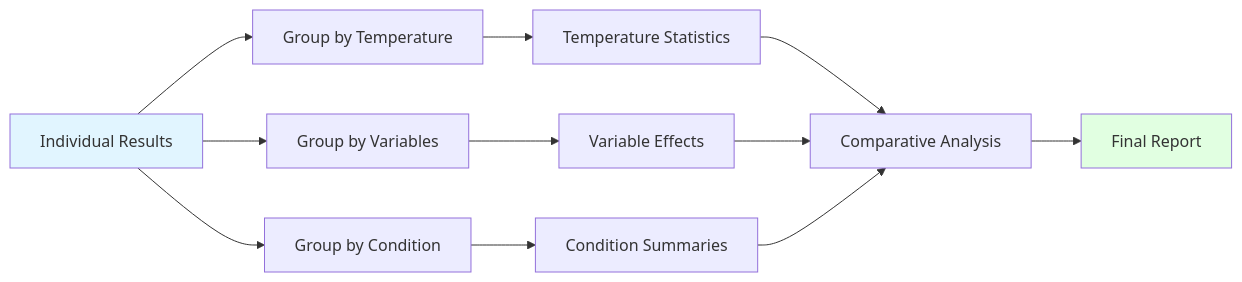
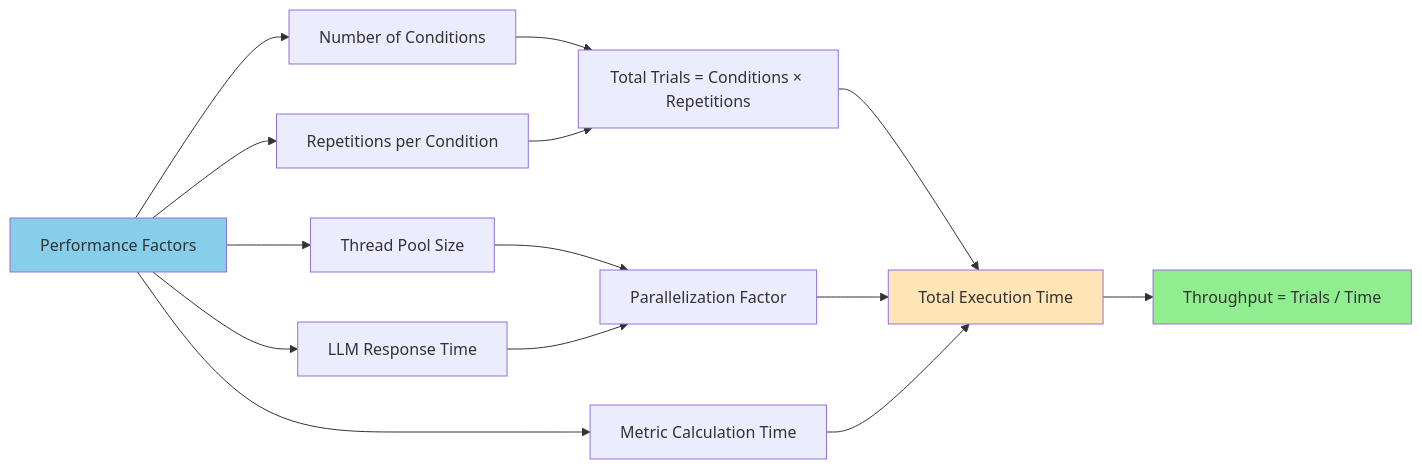
Diagram 18 of 22 in docs/LLMExperimentTask.md (SimiaCryptus/Cognotik), drawn with Mermaid before and after one commit. The commit also changed other lines of this file and 7 other files, not shown here.

````diff
--- a/docs/LLMExperimentTask.md
+++ b/docs/LLMExperimentTask.md
@@ -680,19 +647,24 @@
 ```mermaid
-flowchart LR
-    A[Individual Results] --> B[Group by Temperature]
-    A --> C[Group by Variables]
-    A --> D[Group by Condition]
+graph LR
+    A[Performance Factors] --> B[Number of Conditions]
+    A --> C[Repetitions per Condition]
+    A --> D[Thread Pool Size]
+    A --> E[LLM Response Time]
+    A --> F[Metric Calculation Time]
 
-    B --> E[Temperature Statistics]
-    C --> F[Variable Effects]
-    D --> G[Condition Summaries]
+    B --> G[Total Trials = Conditions × Repetitions]
+    C --> G
 
-    E --> H[Comparative Analysis]
-    F --> H
-    G --> H
+    D --> H[Parallelization Factor]
+    E --> H
 
-    H --> I[Final Report]
+    G --> I[Total Execution Time]
+    H --> I
+    F --> I
 
-    style A fill:#e1f5ff
-    style I fill:#e1ffe1
+    I --> J[Throughput = Trials / Time]
+
+    style A fill:#87CEEB
+    style I fill:#FFE4B5
+    style J fill:#90EE90
 ```
````
